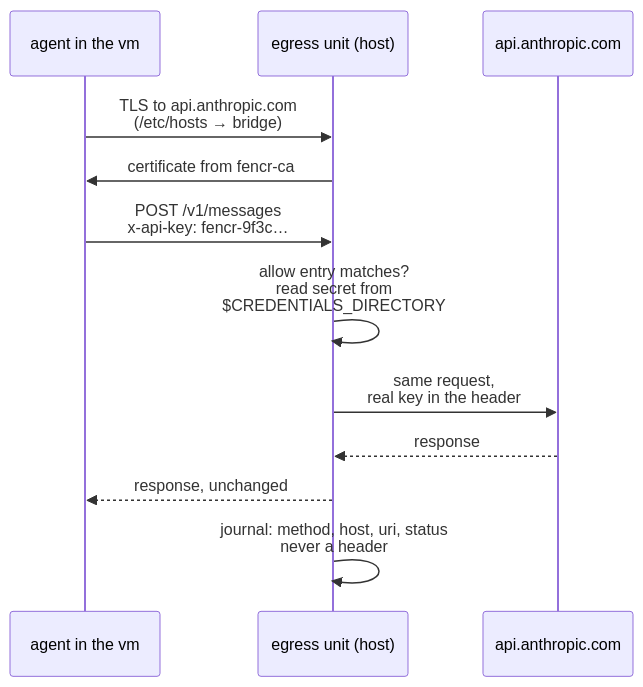
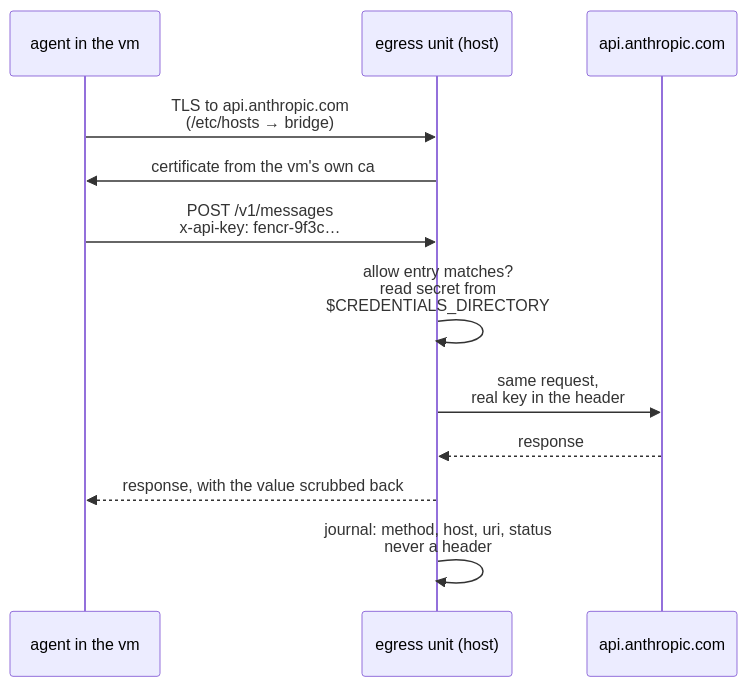
One commit to fosskar/fencr changed the second of 2 diagrams in docs/overview.md. Above: the diagram before and after it, drawn with Mermaid. The commit also changed other lines of this file and 5 other files, not shown here.

````diff
--- a/docs/overview.md
+++ b/docs/overview.md
@@ -133,14 +136,14 @@
 ```mermaid
 sequenceDiagram
   participant A as agent in the vm
   participant E as egress unit (host)
   participant U as api.anthropic.com
   A->>E: TLS to api.anthropic.com<br/>(/etc/hosts → bridge)
-  E->>A: certificate from fencr-ca
+  E->>A: certificate from the vm's own ca
   A->>E: POST /v1/messages<br/>x-api-key: fencr-9f3c…
   E->>E: allow entry matches?<br/>read secret from<br/>$CREDENTIALS_DIRECTORY
   E->>U: same request,<br/>real key in the header
   U-->>E: response
-  E-->>A: response, unchanged
+  E-->>A: response, with the value scrubbed back
   E->>E: journal: method, host, uri, status<br/>never a header
 ```
````
